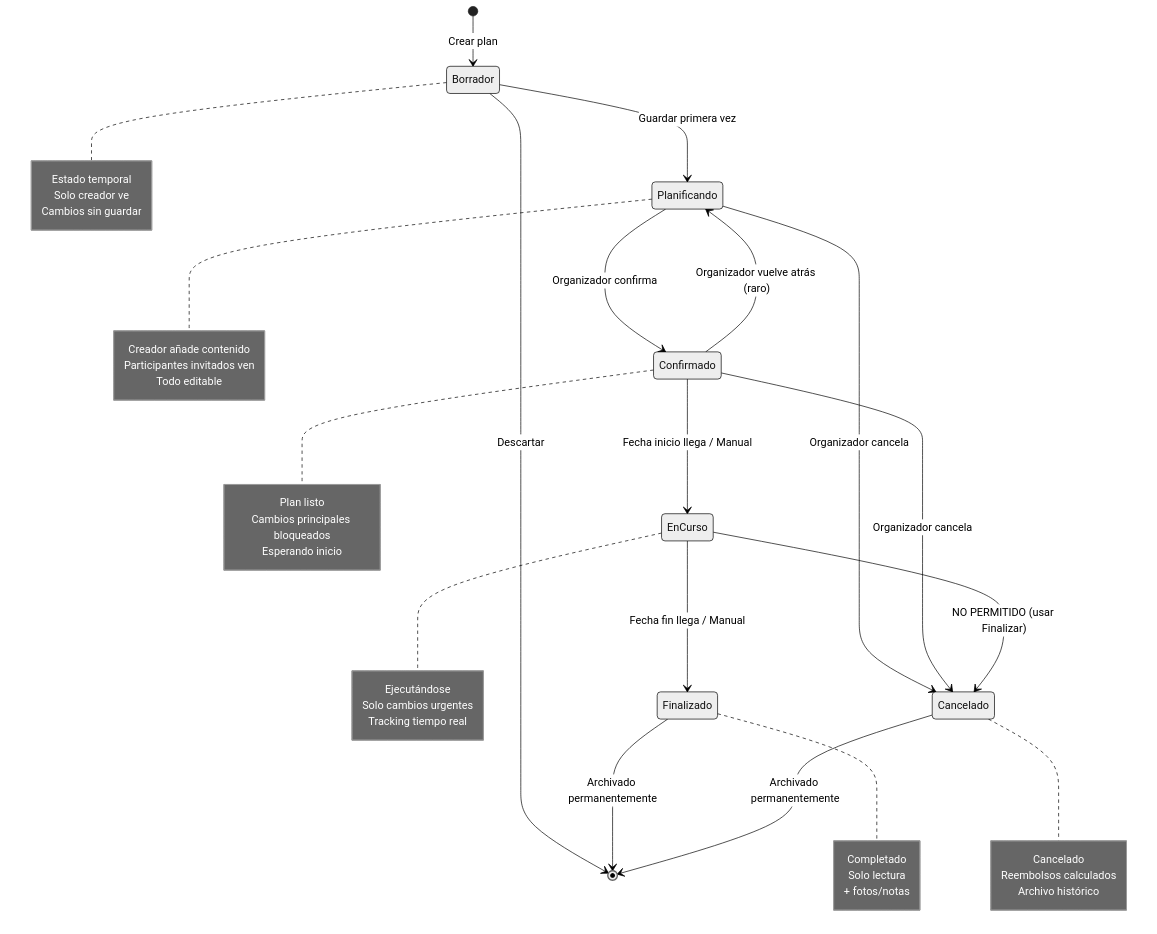
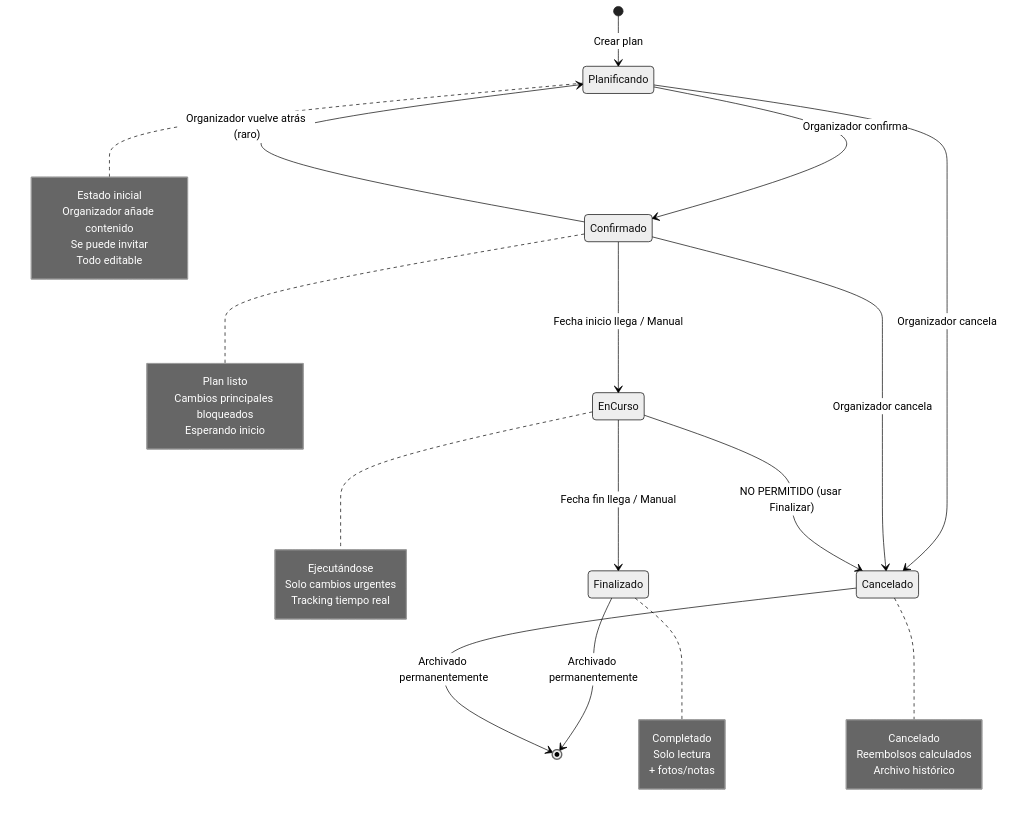
Before and after one commit to planazoo/planazoo-platform: the diagram in docs/flujos/FLUJO_ESTADOS_PLAN.md, drawn with Mermaid (neutral theme). The commit also changed other lines of this file and 37 other files, not shown here.

````diff
--- a/docs/flujos/FLUJO_ESTADOS_PLAN.md
+++ b/docs/flujos/FLUJO_ESTADOS_PLAN.md
@@ -329,55 +309,48 @@
 ```mermaid
 stateDiagram-v2
-    [*] --> Borrador: Crear plan
-    Borrador --> Planificando: Guardar primera vez
-    Borrador --> [*]: Descartar
+    [*] --> Planificando: Crear plan
     
     Planificando --> Confirmado: Organizador confirma
     Planificando --> Cancelado: Organizador cancela
     
     Confirmado --> EnCurso: Fecha inicio llega / Manual
     Confirmado --> Cancelado: Organizador cancela
     Confirmado --> Planificando: Organizador vuelve atrás (raro)
     
     EnCurso --> Finalizado: Fecha fin llega / Manual
     EnCurso --> Cancelado: NO PERMITIDO (usar Finalizar)
     
     Finalizado --> [*]: Archivado permanentemente
     Cancelado --> [*]: Archivado permanentemente
     
-    note right of Borrador
-        Estado temporal
-        Solo creador ve
-        Cambios sin guardar
-    end note
-    
     note right of Planificando
-        Creador añade contenido
-        Participantes invitados ven
+        Estado inicial
+        Organizador añade contenido
+        Se puede invitar
         Todo editable
     end note
     
     note right of Confirmado
         Plan listo
         Cambios principales bloqueados
         Esperando inicio
     end note
     
     note right of EnCurso
         Ejecutándose
         Solo cambios urgentes
         Tracking tiempo real
     end note
     
     note right of Finalizado
         Completado
         Solo lectura
         + fotos/notas
     end note
     
     note right of Cancelado
         Cancelado
         Reembolsos calculados
         Archivo histórico
     end note
 ```
````
